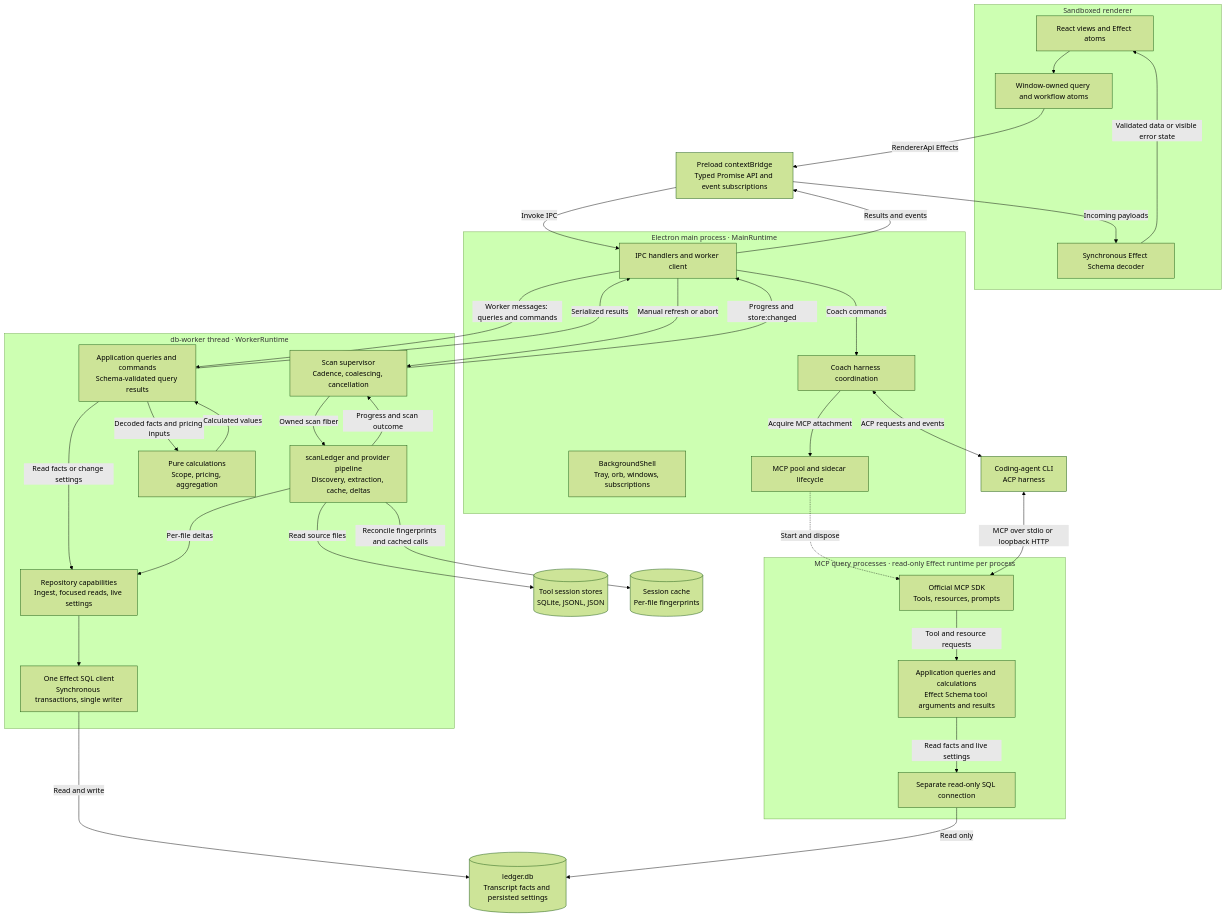
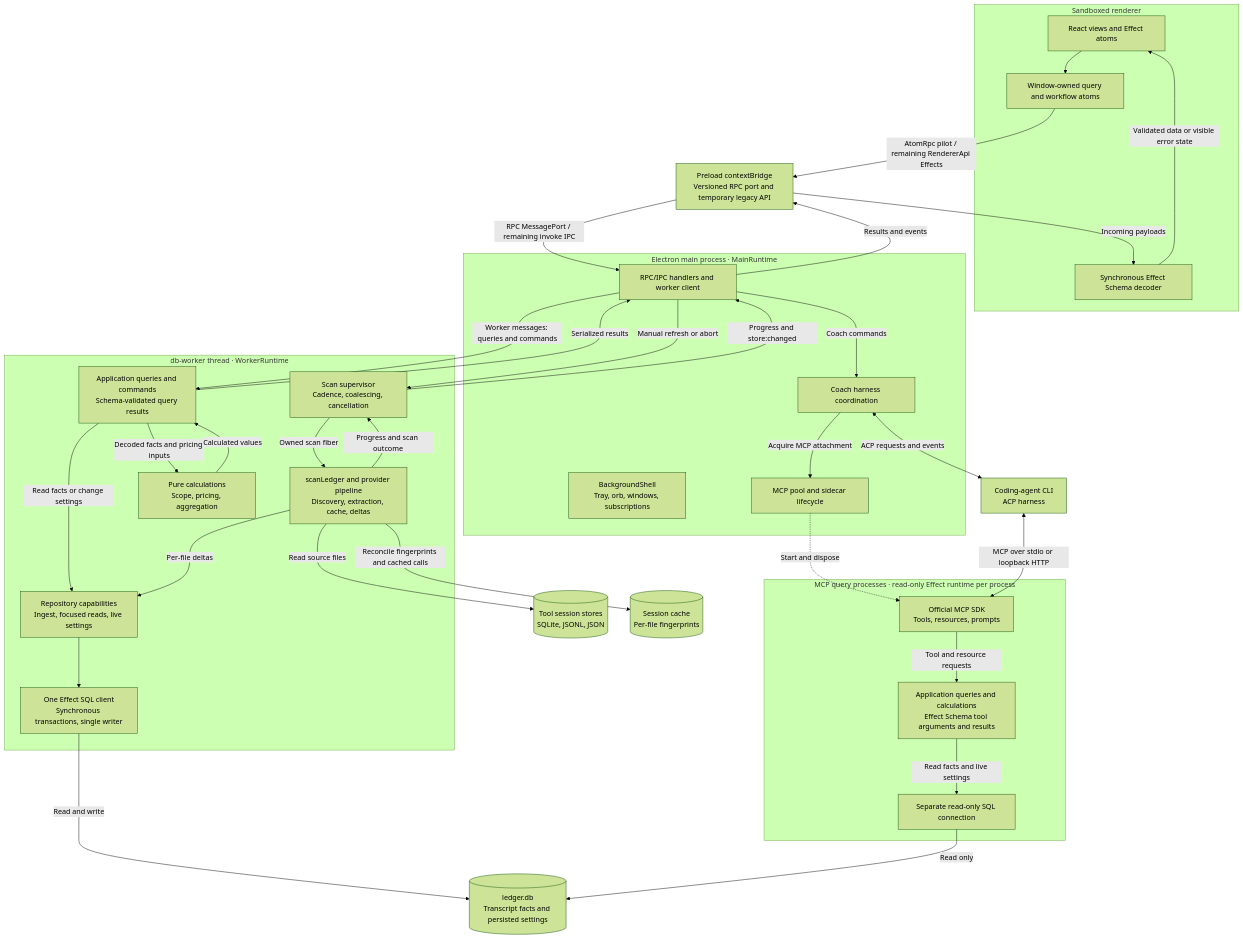
The diagram in docs/architecture.md (Pasquale-Favella/watchtower), drawn with Mermaid (forest theme) before and after one commit. The commit also changed other lines of this file and 26 other files, not shown here.

Commit message:
feat(renderer): adopt AtomRpc for Overview and pricing

````diff
--- a/docs/architecture.md
+++ b/docs/architecture.md
@@ -16,69 +16,69 @@
 ```mermaid
 flowchart TB
     subgraph renderer["Sandboxed renderer"]
         ui["React views and Effect atoms"]
         workflows["Window-owned query and workflow atoms"]
         decoder["Synchronous Effect Schema decoder"]
         ui --> workflows
         workflows ~~~ decoder
     end
 
-    preload["Preload contextBridge<br/>Typed Promise API and event subscriptions"]
+    preload["Preload contextBridge<br/>Versioned RPC port and temporary legacy API"]
 
     subgraph main["Electron main process · MainRuntime"]
-        ipc["IPC handlers and worker client"]
+        ipc["RPC/IPC handlers and worker client"]
         shell["BackgroundShell<br/>Tray, orb, windows, subscriptions"]
         coach["Coach harness coordination"]
         pool["MCP pool and sidecar lifecycle"]
     end
 
     subgraph worker["db-worker thread · WorkerRuntime"]
         supervisor["Scan supervisor<br/>Cadence, coalescing, cancellation"]
         scan["scanLedger and provider pipeline<br/>Discovery, extraction, cache, deltas"]
         queries["Application queries and commands<br/>Schema-validated query results"]
         calculations["Pure calculations<br/>Scope, pricing, aggregation"]
         repository["Repository capabilities<br/>Ingest, focused reads, live settings"]
         sql["One Effect SQL client<br/>Synchronous transactions, single writer"]
     end
 
     subgraph mcp["MCP query processes · read-only Effect runtime per process"]
         sdk["Official MCP SDK<br/>Tools, resources, prompts"]
         mcpQueries["Application queries and calculations<br/>Effect Schema tool arguments and results"]
         mcpSql["Separate read-only SQL connection"]
     end
 
     harness["Coding-agent CLI<br/>ACP harness"]
     sources[("Tool session stores<br/>SQLite, JSONL, JSON")]
     cache[("Session cache<br/>Per-file fingerprints")]
     ledger[("ledger.db<br/>Transcript facts and persisted settings")]
 
-    workflows -->|"RendererApi Effects"| preload
-    preload -->|"Invoke IPC"| ipc
+    workflows -->|"AtomRpc pilot / remaining RendererApi Effects"| preload
+    preload -->|"RPC MessagePort / remaining invoke IPC"| ipc
     ipc -->|"Results and events"| preload
     preload -->|"Incoming payloads"| decoder
     decoder -->|"Validated data or visible error state"| ui
 
     ipc -->|"Worker messages: queries and commands"| queries
     queries -->|"Read facts or change settings"| repository
     queries -->|"Decoded facts and pricing inputs"| calculations
     calculations -->|"Calculated values"| queries
     queries -->|"Serialized results"| ipc
     ipc -->|"Manual refresh or abort"| supervisor
     supervisor -->|"Owned scan fiber"| scan
     scan -->|"Read source files"| sources
     scan -->|"Reconcile fingerprints and cached calls"| cache
     scan -->|"Per-file deltas"| repository
     repository --> sql
     sql -->|"Read and write"| ledger
     scan -->|"Progress and scan outcome"| supervisor
     supervisor -->|"Progress and store:changed"| ipc
 
     ipc -->|"Coach commands"| coach
     coach <-->|"ACP requests and events"| harness
     pool -.->|"Start and dispose"| sdk
     coach -->|"Acquire MCP attachment"| pool
     harness <-->|"MCP over stdio or loopback HTTP"| sdk
     sdk -->|"Tool and resource requests"| mcpQueries
     mcpQueries -->|"Read facts and live settings"| mcpSql
     mcpSql -->|"Read only"| ledger
 ```
````
